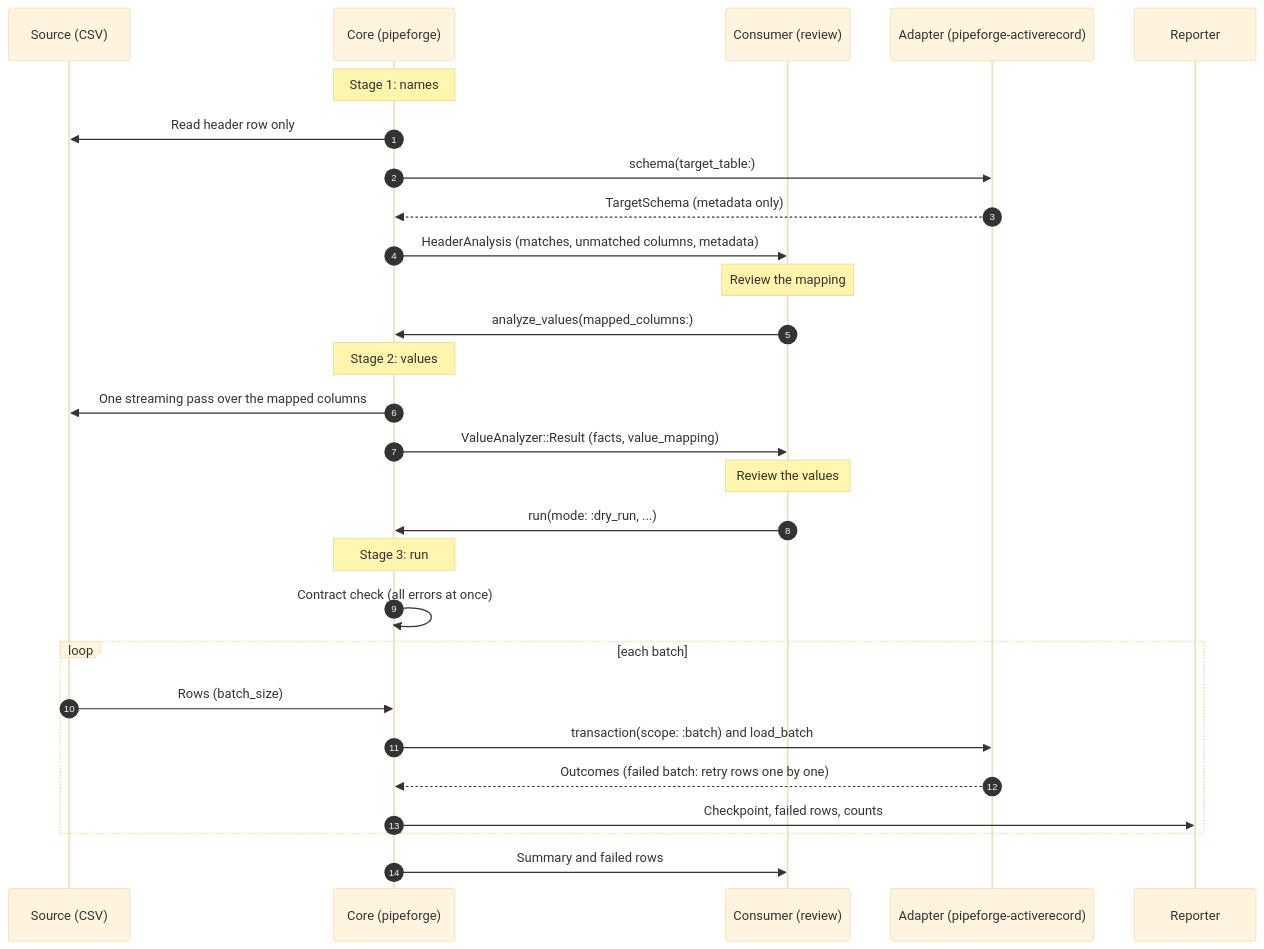
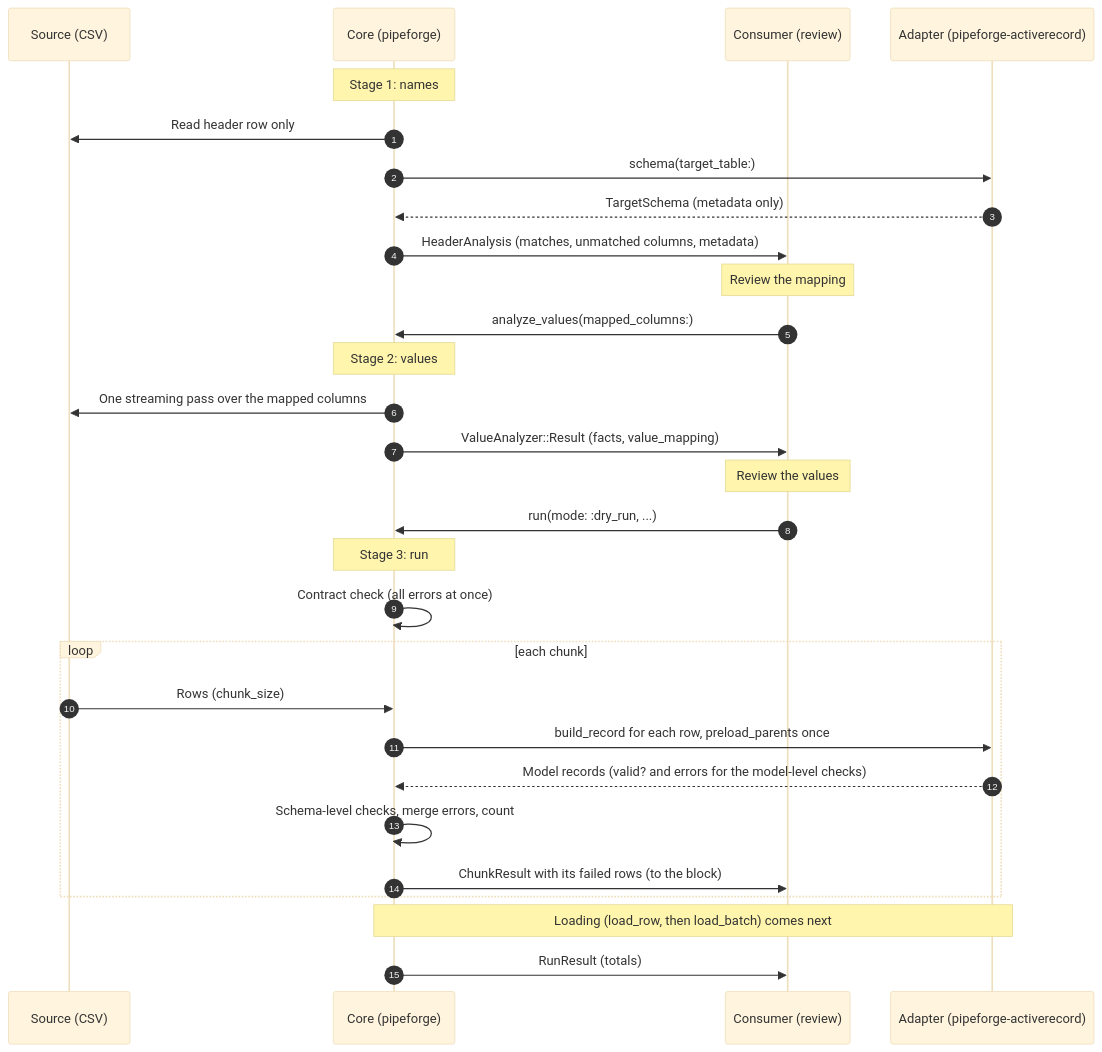
The second of 2 diagrams in docs/architecture/overview.md (venkydev02/Pipeforge), drawn with Mermaid (base theme) before and after one commit. The commit also changed other lines of this file and 55 other files, not shown here.

````diff
--- a/docs/architecture/overview.md
+++ b/docs/architecture/overview.md
@@ -121,35 +123,36 @@
 ```mermaid
 sequenceDiagram
     autonumber
     participant Src as Source (CSV)
     participant Core as Core (pipeforge)
     participant Consumer as Consumer (review)
     participant Adapter as Adapter (pipeforge-activerecord)
-    participant Rep as Reporter
 
     Note over Core: Stage 1: names
     Core->>Src: Read header row only
     Core->>Adapter: schema(target_table:)
     Adapter-->>Core: TargetSchema (metadata only)
     Core->>Consumer: HeaderAnalysis (matches, unmatched columns, metadata)
 
     Note over Consumer: Review the mapping
     Consumer->>Core: analyze_values(mapped_columns:)
 
     Note over Core: Stage 2: values
     Core->>Src: One streaming pass over the mapped columns
     Core->>Consumer: ValueAnalyzer::Result (facts, value_mapping)
 
     Note over Consumer: Review the values
     Consumer->>Core: run(mode: :dry_run, ...)
 
     Note over Core: Stage 3: run
     Core->>Core: Contract check (all errors at once)
-    loop each batch
-        Src->>Core: Rows (batch_size)
-        Core->>Adapter: transaction(scope: :batch) and load_batch
-        Adapter-->>Core: Outcomes (failed batch: retry rows one by one)
-        Core->>Rep: Checkpoint, failed rows, counts
+    loop each chunk
+        Src->>Core: Rows (chunk_size)
+        Core->>Adapter: build_record for each row, preload_parents once
+        Adapter-->>Core: Model records (valid? and errors for the model-level checks)
+        Core->>Core: Schema-level checks, merge errors, count
+        Core->>Consumer: ChunkResult with its failed rows (to the block)
     end
-    Core->>Consumer: Summary and failed rows
+    Note over Core,Adapter: Loading (load_row, then load_batch) comes next
+    Core->>Consumer: RunResult (totals)
 ```
````
